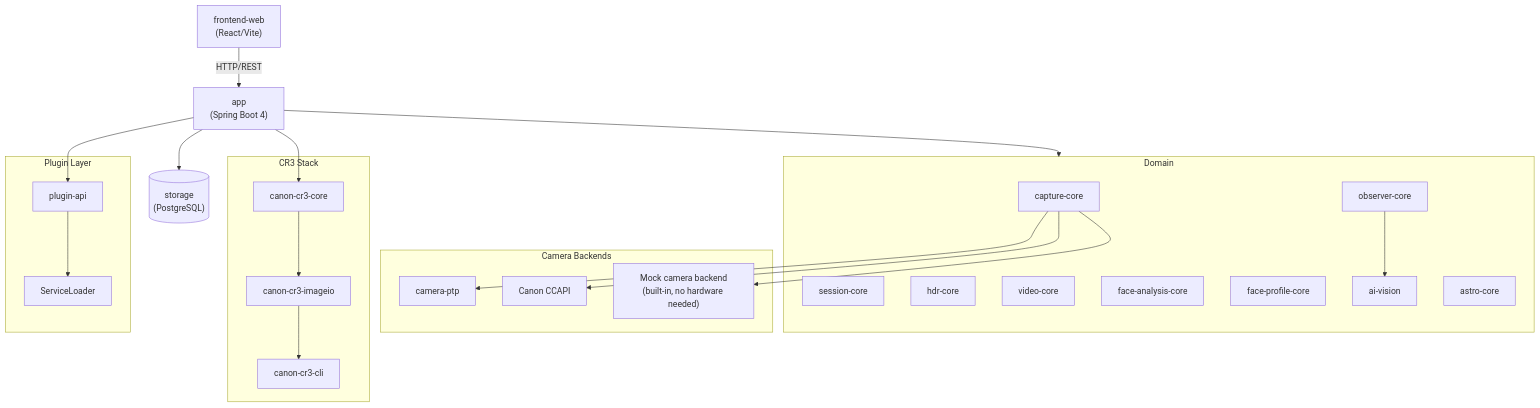
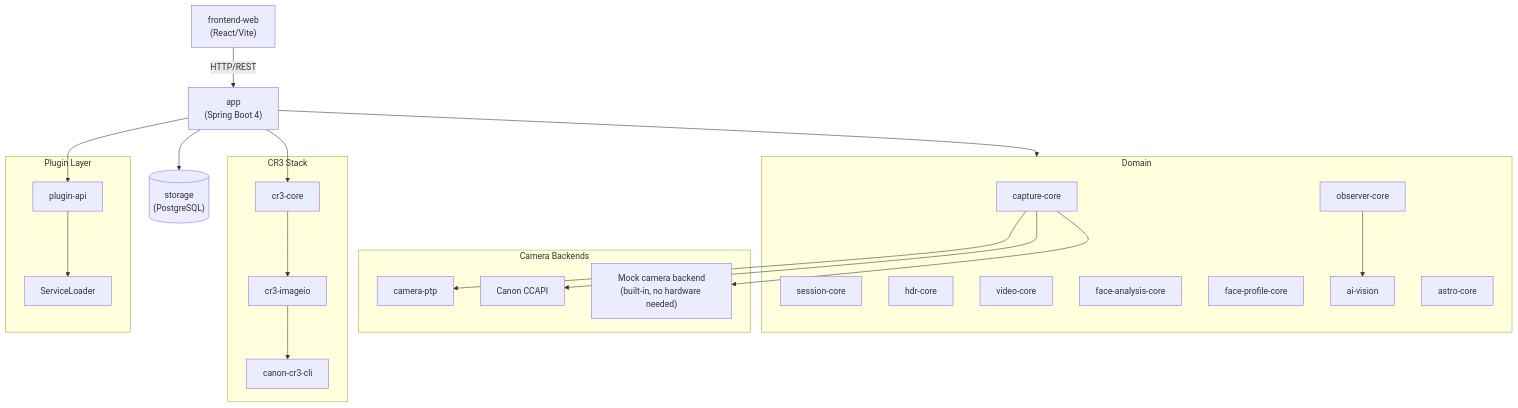
The diagram in README.md (carstenartur/Photographer), drawn with Mermaid before and after one commit. The commit also changed other lines of this file and 53 other files, not shown here.

````diff
--- a/README.md
+++ b/README.md
@@ -44,48 +44,48 @@
 ```mermaid
 graph TD
     FE["frontend-web<br/>(React/Vite)"]
     APP["app<br/>(Spring Boot 4)"]
     DB[("storage<br/>(PostgreSQL)")]
 
     subgraph Domain
         CAP["capture-core"]
         SES["session-core"]
         HDR["hdr-core"]
         VID["video-core"]
         FACE["face-analysis-core"]
         FP["face-profile-core"]
         OBS["observer-core"]
         AI["ai-vision"]
         ASTRO["astro-core"]
     end
 
     subgraph Camera Backends
         PTP["camera-ptp"]
         CCAPI["Canon CCAPI"]
         MOCK["Mock camera backend<br/>(built-in, no hardware needed)"]
     end
 
     subgraph CR3 Stack
-        CR3C["canon-cr3-core"]
-        CR3I["canon-cr3-imageio"]
+        CR3C["cr3-core"]
+        CR3I["cr3-imageio"]
         CR3CLI["canon-cr3-cli"]
     end
 
     subgraph Plugin Layer
         PAPI["plugin-api"]
         SL["ServiceLoader"]
     end
 
     FE -->|HTTP/REST| APP
     APP --> Domain
     APP --> DB
     APP --> CR3C
     APP --> PAPI
     PAPI --> SL
     CAP --> PTP
     CAP --> CCAPI
     CAP --> MOCK
     CR3C --> CR3I
     CR3I --> CR3CLI
     OBS --> AI
 ```
````
